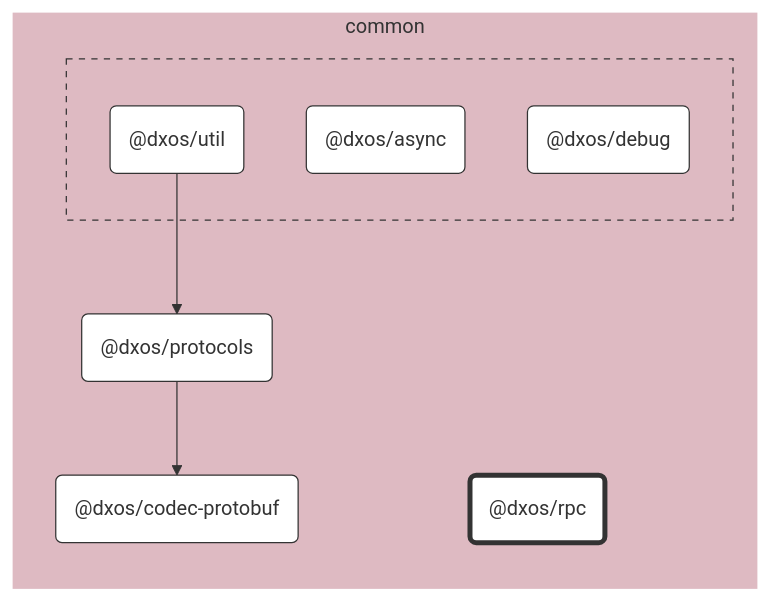
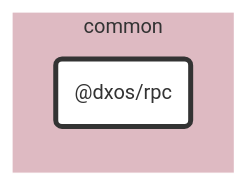
One commit to dxos/dxos changed the diagram in packages/common/rpc/docs/README.md. Above: the diagram before and after it, drawn with Mermaid. The commit also changed 84 other files, not shown here.

````diff
--- a/packages/common/rpc/docs/README.md
+++ b/packages/common/rpc/docs/README.md
@@ -7,47 +7,20 @@
 ```mermaid
 %%{ init: {'flowchart':{'curve':'basis'}} }%%
 
 flowchart LR
 
-%% Links
-dxos/protocols --> dxos/codec-protobuf;
-dxos/util --> dxos/protocols;
+%% Classes
+classDef default fill:#fff,stroke:#333,stroke-width:1px
+classDef root fill:#fff,stroke:#333,stroke-width:4px
 
-%% Sections
-subgraph common
-  style common fill:#debac2,stroke:#fff;
+%% Nodes
 
-  dxos/codec-protobuf("@dxos/codec-protobuf")
-  dxos/protocols("@dxos/protocols")
-  dxos/rpc("@dxos/rpc")
-
-  subgraph common-excluded [ ]
-    style common-excluded fill:#debac2,stroke:#333,stroke-dasharray:5 5;
-
-    dxos/async("@dxos/async")
-    dxos/debug("@dxos/debug")
-    dxos/util("@dxos/util")
-  end
+subgraph common [common]
+  style common fill:#debac2,stroke:#fff
+  dxos/rpc("@dxos/rpc"):::root
+  click dxos/rpc "dxos/dxos/tree/main/packages/common/rpc/docs"
 end
 
-
-%% Hyperlinks
-click dxos/async "dxos/dxos/tree/main/packages/common/async/docs";
-click dxos/codec-protobuf "dxos/dxos/tree/main/packages/common/codec-protobuf/docs";
-click dxos/debug "dxos/dxos/tree/main/packages/common/debug/docs";
-click dxos/protocols "dxos/dxos/tree/main/packages/common/protocols/docs";
-click dxos/util "dxos/dxos/tree/main/packages/common/util/docs";
-
-%% Styles
-classDef rootNode fill:#fff,stroke:#333,stroke-width:4px
-classDef defaultNode fill:#fff,stroke:#333,stroke-width:1px
+%% Links
 linkStyle default stroke:#333,stroke-width:1px
-
-dxos/rpc:::rootNode
-
-dxos/async:::defaultNode
-dxos/codec-protobuf:::defaultNode
-dxos/debug:::defaultNode
-dxos/protocols:::defaultNode
-dxos/util:::defaultNode
 ```
````
